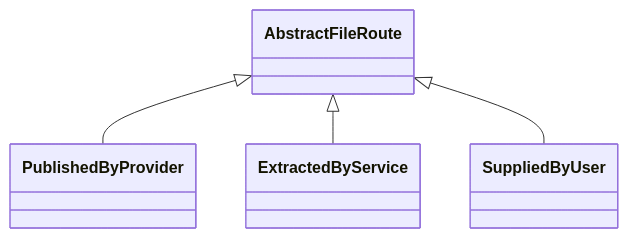
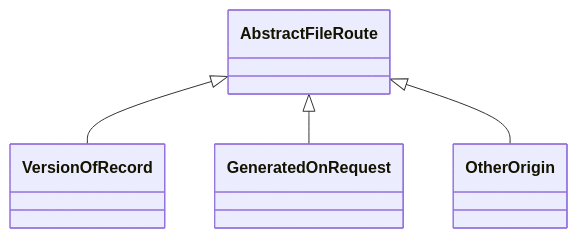
One commit to EcoJulia/EcoSISTEM.jl changed diagram 23 of 23 in data/architecture.md. Above: the diagram before and after it, drawn with Mermaid. The commit also changed other lines of this file and 26 other files, not shown here.

Commit message:
Change routes files come from through to `VersionOfRecord()`, `GeneratedOnRequest()`       by a service, or `OtherOrigin()`

````diff
--- a/data/architecture.md
+++ b/data/architecture.md
@@ -1111,10 +1111,10 @@
 ```mermaid
 classDiagram
     class AbstractFileRoute
-    class PublishedByProvider
-    class ExtractedByService
-    class SuppliedByUser
-    AbstractFileRoute <|-- PublishedByProvider
-    AbstractFileRoute <|-- ExtractedByService
-    AbstractFileRoute <|-- SuppliedByUser
+    class VersionOfRecord
+    class GeneratedOnRequest
+    class OtherOrigin
+    AbstractFileRoute <|-- VersionOfRecord
+    AbstractFileRoute <|-- GeneratedOnRequest
+    AbstractFileRoute <|-- OtherOrigin
 ```
````
